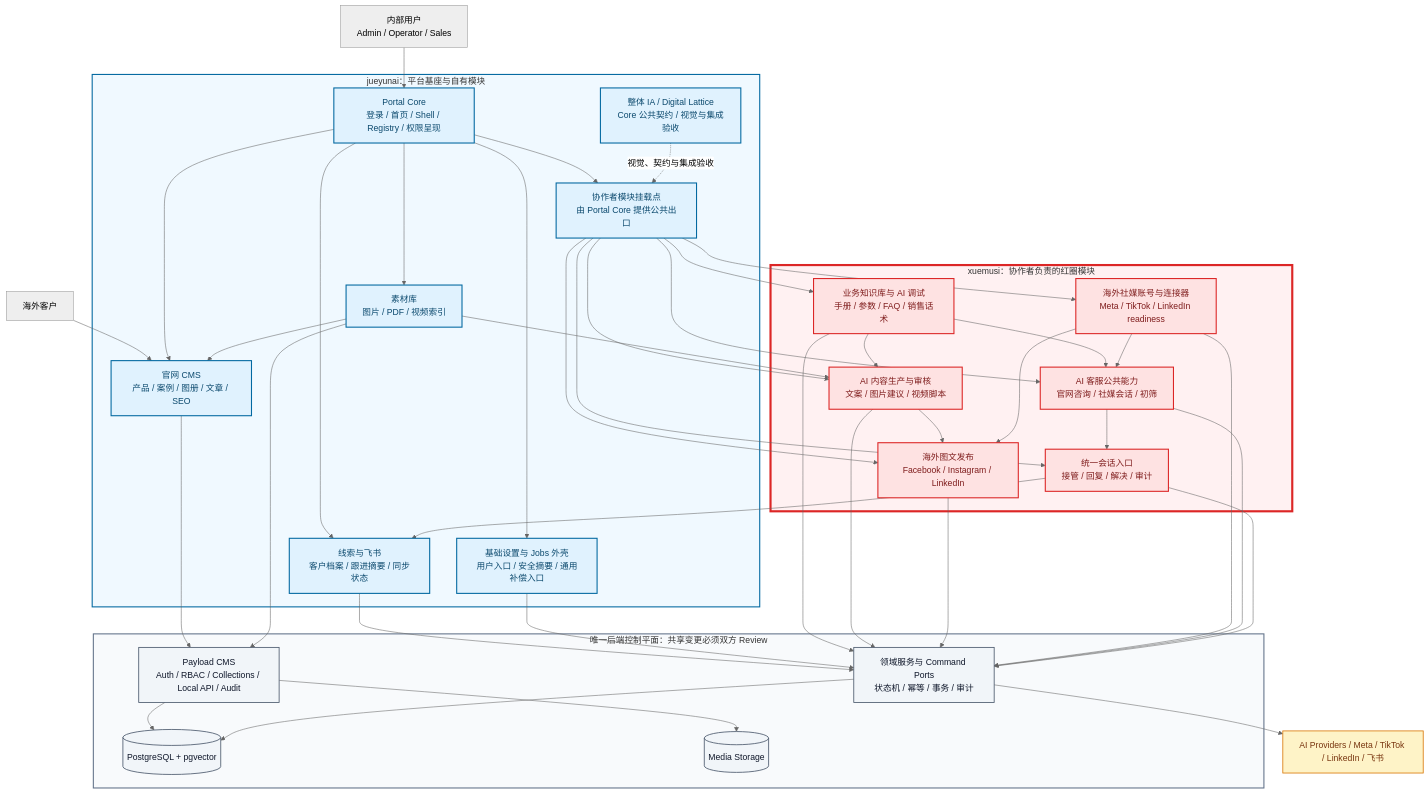
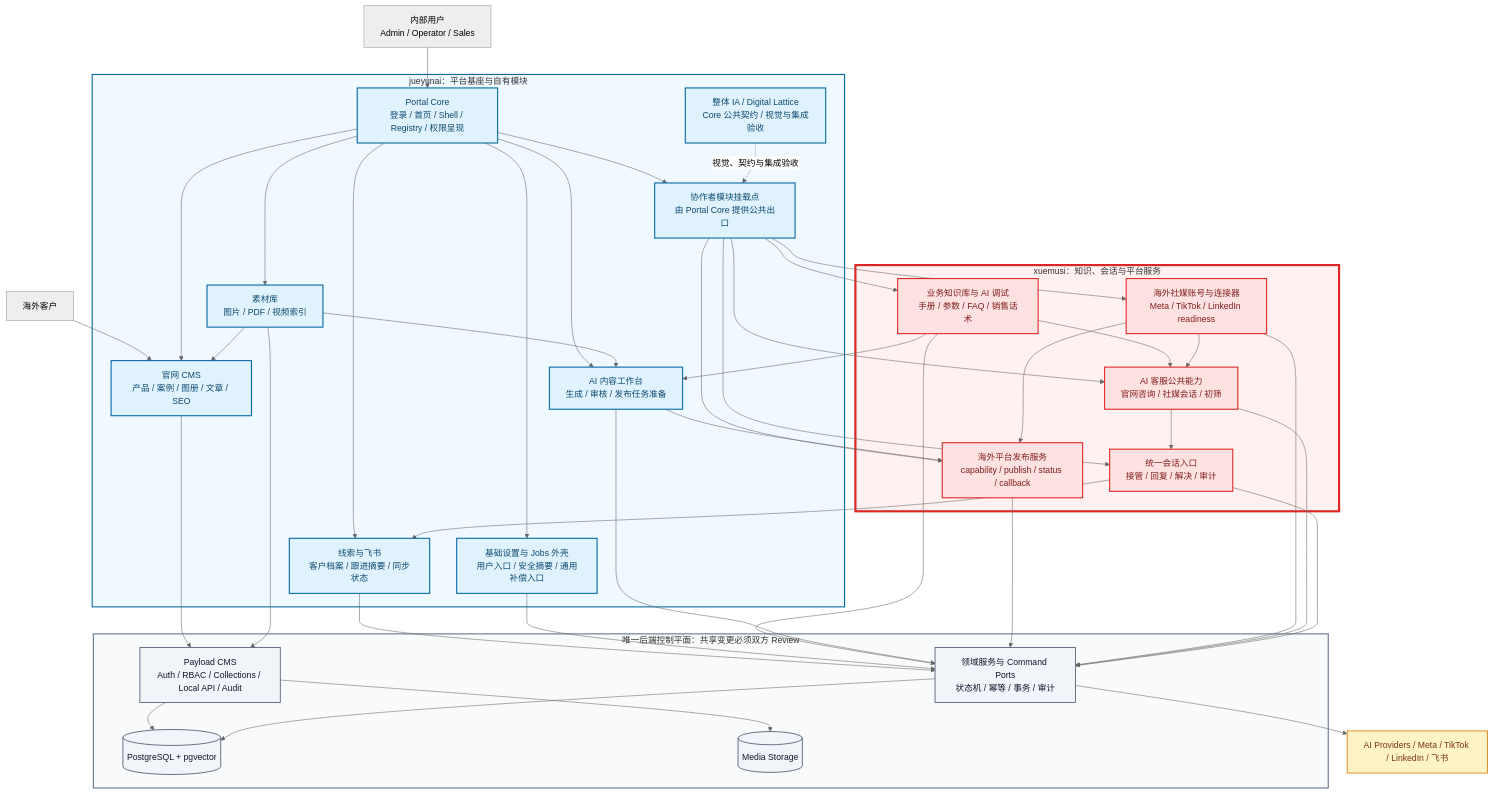
The diagram in docs/architecture/管理后台模块化架构与责任边界.mermaid (jueyunai/ivybm), drawn with Mermaid (neutral theme) before and after one commit. The commit also changed 17 other files, not shown here.

```diff
--- a/docs/architecture/管理后台模块化架构与责任边界.mermaid
+++ b/docs/architecture/管理后台模块化架构与责任边界.mermaid
@@ -1,89 +1,89 @@
 %% IVYBM 管理后台模块化架构与责任边界 v1.0
-%% 红色区域对应用户原图红圈：由 xuemusi 负责；其他模块由 jueyunai 负责。
+%% 责任边界按 2026-07-29 用户校正：AI 内容工作台归 jueyunai；红色区域为 xuemusi 的知识、会话与平台服务。
 flowchart TB
     STAFF["内部用户<br/>Admin / Operator / Sales"]
     VISITOR["海外客户"]
 
     subgraph OWNER["jueyunai：平台基座与自有模块"]
         CORE["Portal Core<br/>登录 / 首页 / Shell / Registry / 权限呈现"]
         CMS["官网 CMS<br/>产品 / 案例 / 图册 / 文章 / SEO"]
         ASSET["素材库<br/>图片 / PDF / 视频索引"]
         LEAD["线索与飞书<br/>客户档案 / 跟进摘要 / 同步状态"]
+        STUDIO["AI 内容工作台<br/>生成 / 审核 / 发布任务准备"]
         SYSTEM["基础设置与 Jobs 外壳<br/>用户入口 / 安全摘要 / 通用补偿入口"]
         GOVERNANCE["整体 IA / Digital Lattice<br/>Core 公共契约 / 视觉与集成验收"]
         SLOT["协作者模块挂载点<br/>由 Portal Core 提供公共出口"]
     end
 
-    subgraph COLLAB["xuemusi：协作者负责的红圈模块"]
+    subgraph COLLAB["xuemusi：知识、会话与平台服务"]
         KNOW["业务知识库与 AI 调试<br/>手册 / 参数 / FAQ / 销售话术"]
-        STUDIO["AI 内容生产与审核<br/>文案 / 图片建议 / 视频脚本"]
-        PUBLISH["海外图文发布<br/>Facebook / Instagram / LinkedIn"]
+        PUBLISH["海外平台发布服务<br/>capability / publish / status / callback"]
         SOCIAL["海外社媒账号与连接器<br/>Meta / TikTok / LinkedIn readiness"]
         CHAT["AI 客服公共能力<br/>官网咨询 / 社媒会话 / 初筛"]
         INBOX["统一会话入口<br/>接管 / 回复 / 解决 / 审计"]
     end
 
     subgraph CONTROLPLANE["唯一后端控制平面：共享变更必须双方 Review"]
         PAYLOAD["Payload CMS<br/>Auth / RBAC / Collections / Local API / Audit"]
         DOMAIN["领域服务与 Command Ports<br/>状态机 / 幂等 / 事务 / 审计"]
         DB[("PostgreSQL + pgvector")]
         MEDIA[("Media Storage")]
     end
 
     EXTERNAL["AI Providers / Meta / TikTok / LinkedIn / 飞书"]
 
     STAFF --> CORE
     VISITOR --> CMS
 
     CORE --> CMS
     CORE --> ASSET
     CORE --> LEAD
+    CORE --> STUDIO
     CORE --> SYSTEM
     CORE --> SLOT
     GOVERNANCE -. "视觉、契约与集成验收" .-> SLOT
 
     SLOT --> KNOW
-    SLOT --> STUDIO
     SLOT --> PUBLISH
     SLOT --> SOCIAL
     SLOT --> CHAT
     SLOT --> INBOX
 
     ASSET --> CMS
     ASSET --> STUDIO
     KNOW --> STUDIO
     KNOW --> CHAT
     STUDIO --> PUBLISH
     SOCIAL --> PUBLISH
     SOCIAL --> CHAT
     CHAT --> INBOX
     INBOX --> LEAD
 
     CMS --> PAYLOAD
     ASSET --> PAYLOAD
     LEAD --> DOMAIN
     SYSTEM --> DOMAIN
     KNOW --> DOMAIN
     STUDIO --> DOMAIN
     PUBLISH --> DOMAIN
     SOCIAL --> DOMAIN
     CHAT --> DOMAIN
     INBOX --> DOMAIN
     PAYLOAD --> DB
     PAYLOAD --> MEDIA
     DOMAIN --> DB
     DOMAIN --> EXTERNAL
 
     classDef owner fill:#e0f2fe,stroke:#0369a1,stroke-width:2px,color:#0c4a6e
     classDef collaborator fill:#fee2e2,stroke:#dc2626,stroke-width:2px,color:#7f1d1d
     classDef control fill:#f1f5f9,stroke:#475569,stroke-width:1.5px,color:#0f172a
     classDef external fill:#fef3c7,stroke:#d97706,stroke-width:1.5px,color:#78350f
 
-    class CORE,CMS,ASSET,LEAD,SYSTEM,GOVERNANCE,SLOT owner
-    class KNOW,STUDIO,PUBLISH,SOCIAL,CHAT,INBOX collaborator
+    class CORE,CMS,ASSET,LEAD,STUDIO,SYSTEM,GOVERNANCE,SLOT owner
+    class KNOW,PUBLISH,SOCIAL,CHAT,INBOX collaborator
     class PAYLOAD,DOMAIN,DB,MEDIA control
     class EXTERNAL external
 
     style OWNER fill:#f0f9ff,stroke:#0369a1,stroke-width:2px
     style COLLAB fill:#fff1f2,stroke:#dc2626,stroke-width:4px
     style CONTROLPLANE fill:#f8fafc,stroke:#64748b,stroke-width:2px
```
